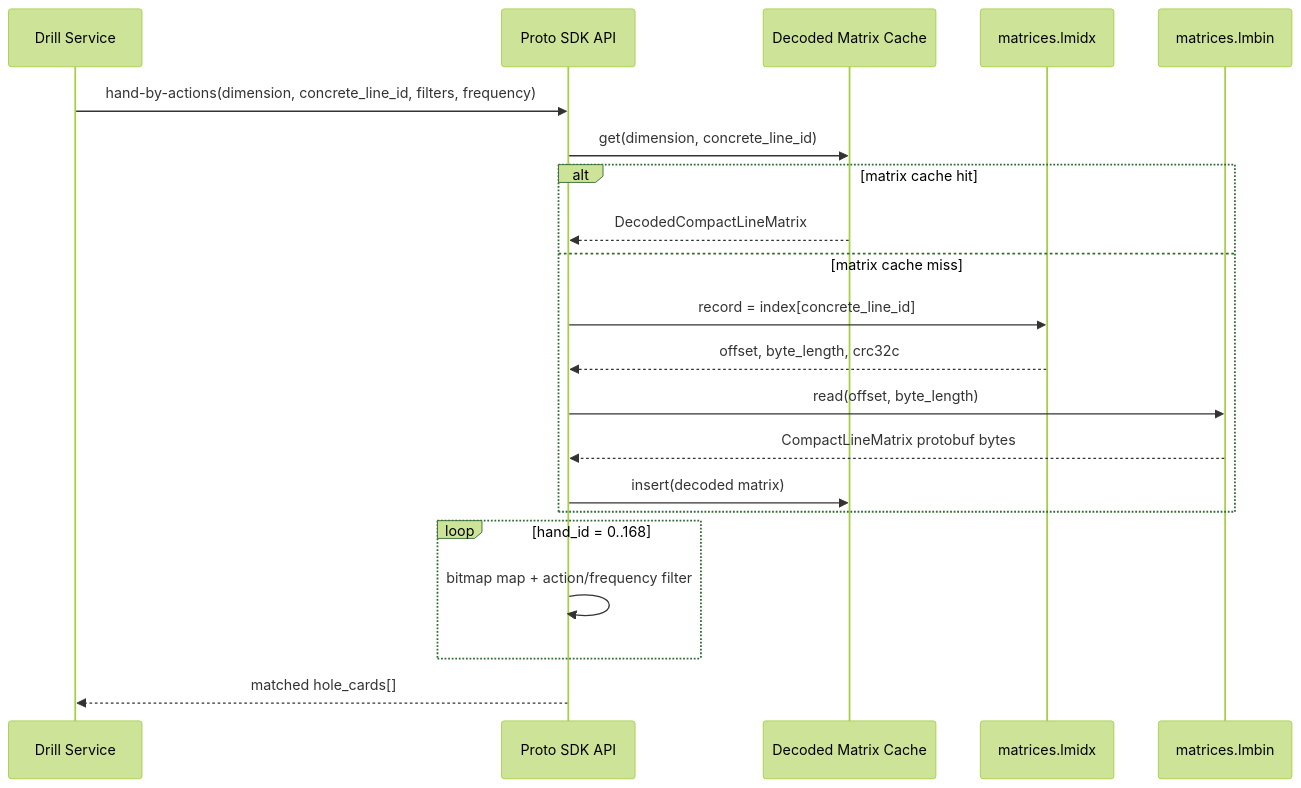
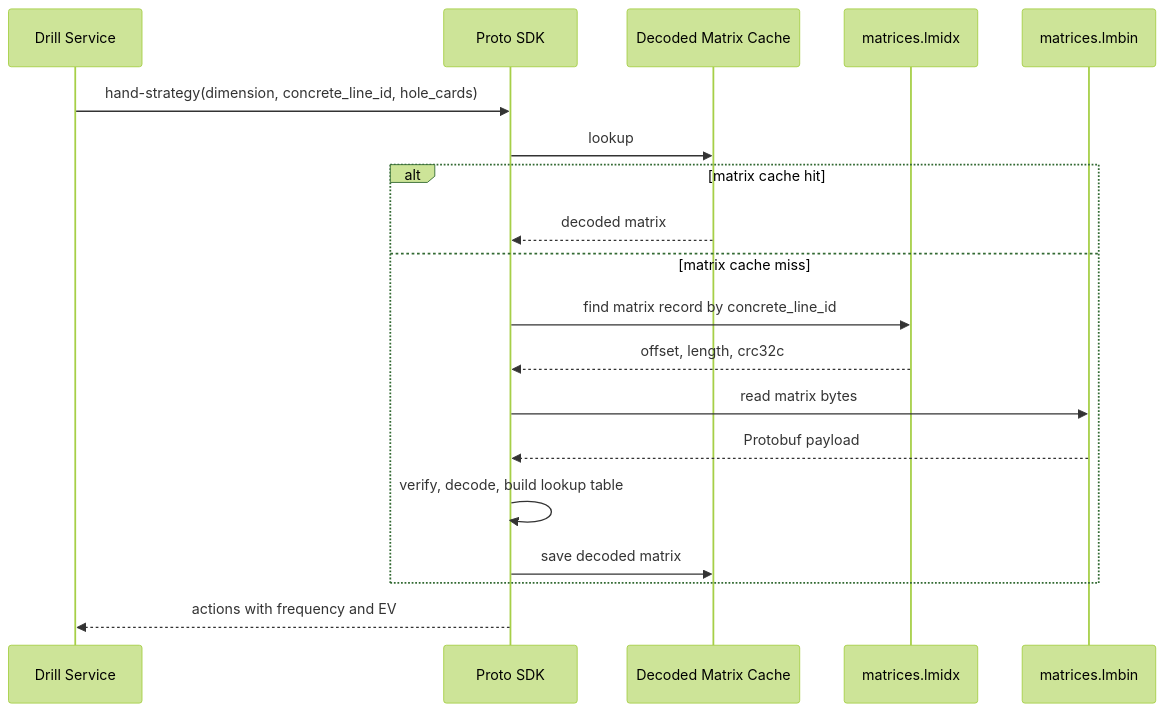
The fifth of 5 diagrams in docs/proto/protobuf-v2-storage-report-outline.md (yangyaDu/poker-hands-storage), drawn with Mermaid (forest theme) before and after one commit. The commit also changed other lines of this file and 9 other files, not shown here.

First line of the commit message:
feat: Enhance matrix cache statistics and profiling

````diff
--- a/docs/proto/protobuf-v2-storage-report-outline.md
+++ b/docs/proto/protobuf-v2-storage-report-outline.md
@@ -192,24 +174,22 @@
 ```mermaid
 sequenceDiagram
     participant Drill as Drill Service
-    participant SDK as Proto SDK API
+    participant SDK as Proto SDK
     participant Cache as Decoded Matrix Cache
     participant Idx as matrices.lmidx
     participant Bin as matrices.lmbin
 
-    Drill->>SDK: hand-by-actions(dimension, concrete_line_id, filters, frequency)
-    SDK->>Cache: get(dimension, concrete_line_id)
+    Drill->>SDK: hand-strategy(dimension, concrete_line_id, hole_cards)
+    SDK->>Cache: lookup
     alt matrix cache hit
-        Cache-->>SDK: DecodedCompactLineMatrix
+        Cache-->>SDK: decoded matrix
     else matrix cache miss
-        SDK->>Idx: record = index[concrete_line_id]
-        Idx-->>SDK: offset, byte_length, crc32c
-        SDK->>Bin: read(offset, byte_length)
-        Bin-->>SDK: CompactLineMatrix protobuf bytes
-        SDK->>Cache: insert(decoded matrix)
+        SDK->>Idx: find matrix record by concrete_line_id
+        Idx-->>SDK: offset, length, crc32c
+        SDK->>Bin: read matrix bytes
+        Bin-->>SDK: Protobuf payload
+        SDK->>SDK: verify, decode, build lookup table
+        SDK->>Cache: save decoded matrix
     end
-    loop hand_id = 0..168
-        SDK->>SDK: bitmap map + action/frequency filter
-    end
-    SDK-->>Drill: matched hole_cards[]
+    SDK-->>Drill: actions with frequency and EV
 ```
````
